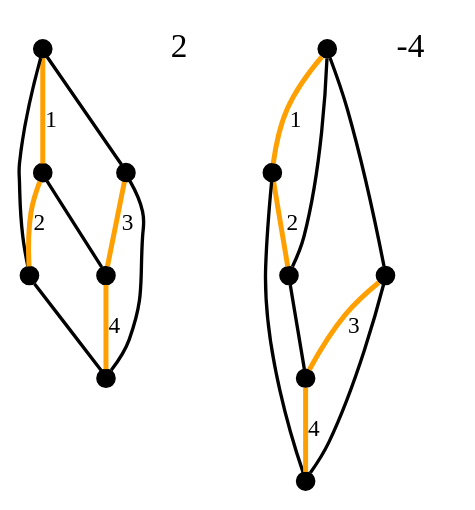
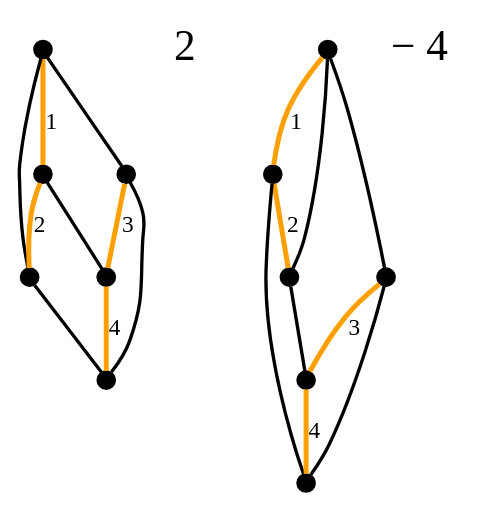
Before and after one commit to jlportner/BscArbeit: the diagram in ForestedGraphs/MCCycle3.dot, drawn with Graphviz. The commit also changed 18 other files, not shown here.

```diff
--- a/ForestedGraphs/MCCycle3.dot
+++ b/ForestedGraphs/MCCycle3.dot
@@ -1,34 +1,34 @@
 graph  {
 0 [pos="-200,100", shape=point, width="0.15pt"];
 1 [pos="-100,0", shape=point, width="0.15pt"];
 2 [pos="-200,-100", shape=point, width="0.15pt"];
 3 [pos="200,100", shape=point, width="0.15pt"];
 4 [pos="100,0", shape=point, width="0.15pt"];
 5 [pos="199,-100", shape=point, width="0.15pt"];
-6 [fontsize="20pt", label=2, pos="-220,0", shape=plaintext];
+6 [fontsize="26pt", label="  2", pos="-250,0", shape=plaintext];
 7 [pos="400,100", shape=point, width="0.15pt"];
 8 [pos="500,0", shape=point, width="0.15pt"];
 9 [pos="400,-100", shape=point, width="0.15pt"];
 10 [pos="800,100", shape=point, width="0.15pt"];
 11 [pos="700,0", shape=point, width="0.15pt"];
 12 [pos="800,-100", shape=point, width="0.15pt"];
-"1coef" [fontsize="20pt", label="-4", pos="380,0", shape=plaintext];
+"1coef" [fontsize="26pt", label="− 4", pos="300,0", shape=plaintext];
 0 -- 1  [color="#ffa000", forest=True, key=0, label=1, order=1, penwidth=3];
 0 -- 2  [forest=False, key=0, order="-1", penwidth="2.0"];
 0 -- 3  [forest=False, key=0, order="-1", penwidth="2.0"];
 1 -- 2  [color="#ffa000", forest=True, key=0, label=2, order=2, penwidth=3];
 1 -- 4  [forest=False, key=0, order="-1", penwidth="2.0"];
 2 -- 5  [forest=False, key=0, order="-1", penwidth="2.0"];
 3 -- 4  [color="#ffa000", forest=True, key=0, label=3, order=3, penwidth=3];
 3 -- 5  [forest=False, key=0, order="-1", penwidth="2.0"];
 4 -- 5  [color="#ffa000", forest=True, key=0, label=4, order=4, penwidth=3];
 7 -- 8  [color="#ffa000", forest=True, key=0, label=1, order=1, penwidth=3];
 7 -- 9  [forest=False, key=0, order="-1", penwidth="2.0"];
 7 -- 10  [forest=False, key=0, order="-1", penwidth="2.0"];
 8 -- 9  [color="#ffa000", forest=True, key=0, label=2, order=2, penwidth=3];
 8 -- 12  [forest=False, key=0, order="-1", penwidth="2.0"];
 9 -- 11  [forest=False, key=0, order="-1", penwidth="2.0"];
 10 -- 11  [color="#ffa000", forest=True, key=0, label=3, order=3, penwidth=3];
 10 -- 12  [forest=False, key=0, order="-1", penwidth="2.0"];
 11 -- 12  [color="#ffa000", forest=True, key=0, label=4, order=4, penwidth=3];
 }
```
